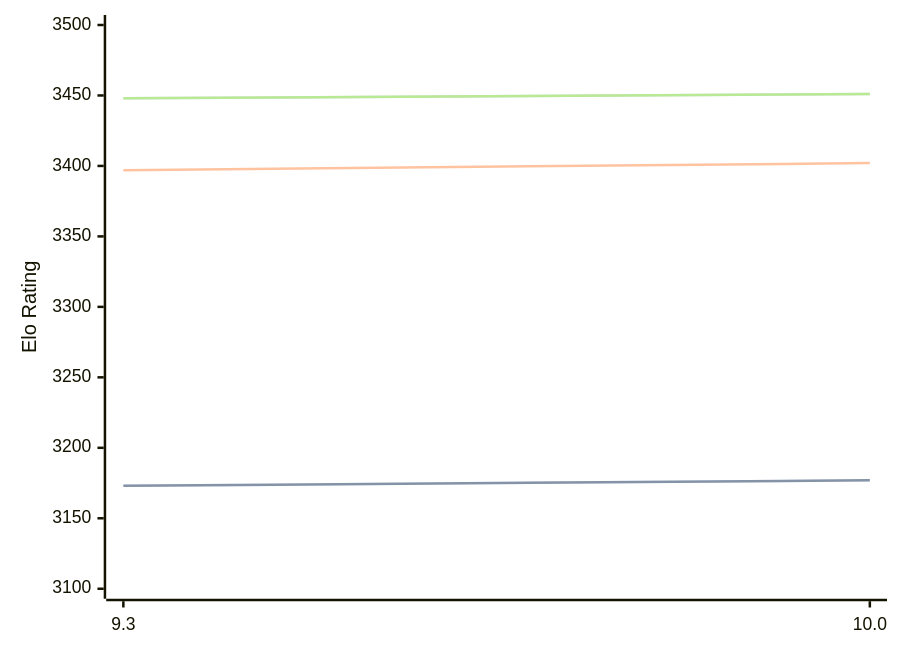
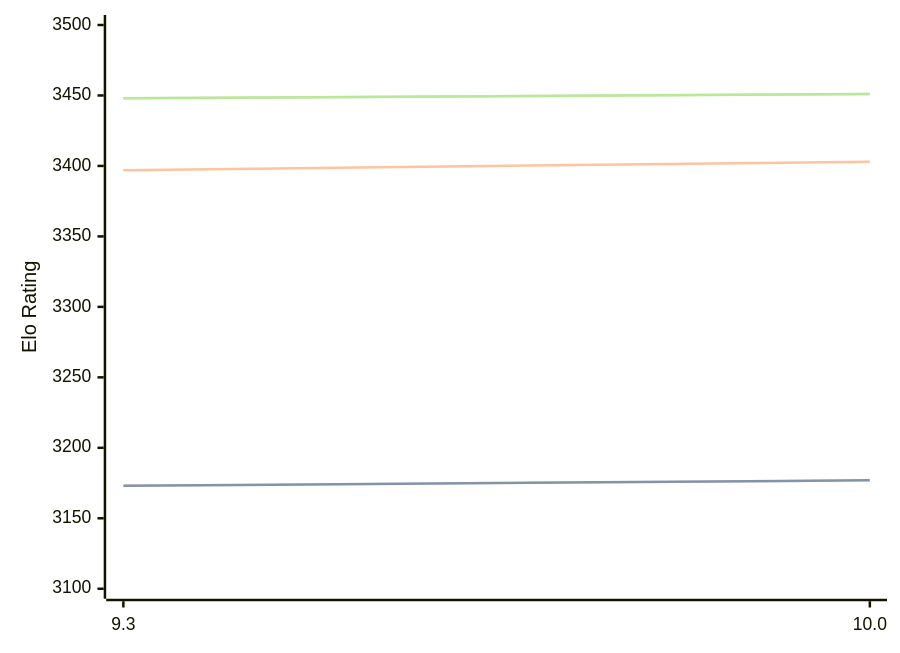
Before and after one commit to computer-chess-index/cci: the diagram in engines/Fire.md, drawn with Mermaid. The commit also changed other lines of this file, not shown here.

````diff
--- a/engines/Fire.md
+++ b/engines/Fire.md
@@ -47,11 +47,11 @@
 ```mermaid
 %%{init: {"theme":"base","themeVariables":{"seriesColors:['#a3a3a3','#222221','#faa371']}}}%%
 xychart-beta
   x-axis ["9.3", "10.0"]
   y-axis "Elo Rating" 3100 --> 3500
   line "STC (8.0+0.08s)" [3173, 3177]
   line "STC (8.0+0.08s)" [3173, 3177]
-  line "LTC (60.0+0.60s)" [3397, 3402]
+  line "LTC (60.0+0.60s)" [3397, 3403]
   line "VLTC (2m24s+1.12s)" [3448, 3451]
   line "VLTC (2m24s+1.12s)" [3448, 3451]
 ```
````
